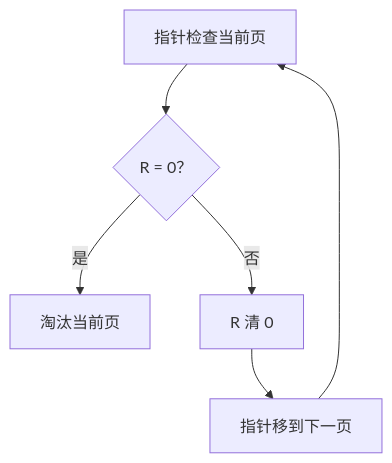
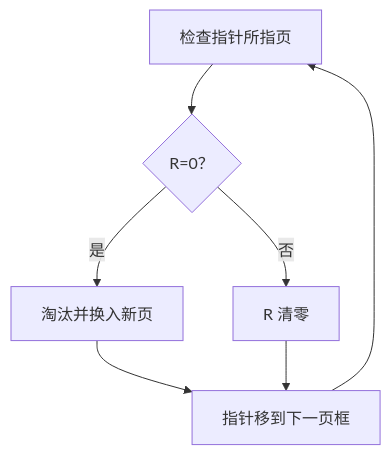
Before and after one commit to 74262195/system-architect-notes: the diagram in 01_综合知识/01_计算机系统基础知识/02_操作系统/Clock页面置换算法.md, drawn with Mermaid. The commit also changed other lines of this file and 16 other files, not shown here.

````diff
--- a/01_综合知识/01_计算机系统基础知识/02_操作系统/Clock页面置换算法.md
+++ b/01_综合知识/01_计算机系统基础知识/02_操作系统/Clock页面置换算法.md
@@ -68,8 +34,9 @@
 ```mermaid
 flowchart TD
-    A["指针检查当前页"] --> B{"R = 0？"}
-    B -->|是| C["淘汰当前页"]
-    B -->|否| D["R 清 0"]
-    D --> E["指针移到下一页"]
-    E --> A
+    A["检查指针所指页"] --> B{"R=0？"}
+    B -->|是| C["淘汰并换入新页"]
+    C --> D["指针移到下一页框"]
+    B -->|否| E["R 清零"]
+    E --> D
+    D --> A
 ```
````
